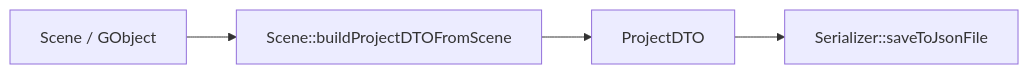
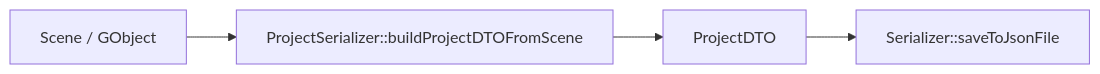
The third of 7 diagrams in docs/资源管理.md (xp-Yang/XPYEngine), drawn with Mermaid before and after one commit. The commit also changed other lines of this file and 4 other files, not shown here.

````diff
--- a/docs/资源管理.md
+++ b/docs/资源管理.md
@@ -253,6 +230,6 @@
 ```mermaid
 flowchart LR
-    Scene["Scene / GObject"] --> BuildDTO["Scene::buildProjectDTOFromScene"]
-    BuildDTO --> DTO["ProjectDTO"]
+    Scene["Scene / GObject"] --> Build["ProjectSerializer::buildProjectDTOFromScene"]
+    Build --> DTO["ProjectDTO"]
     DTO --> Json["Serializer::saveToJsonFile"]
 ```
````
